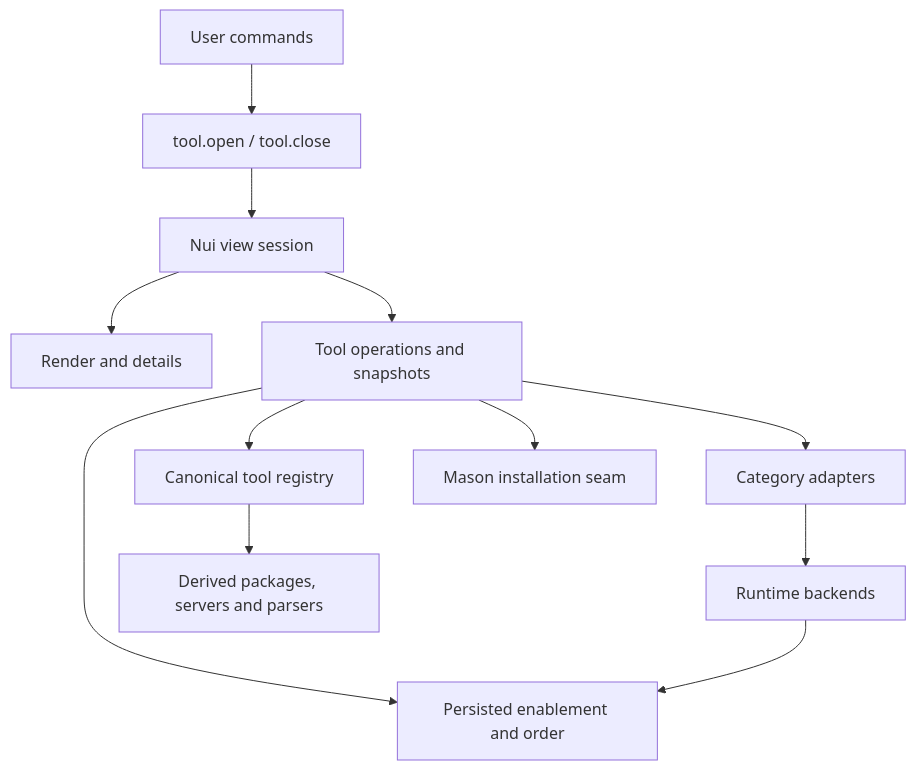
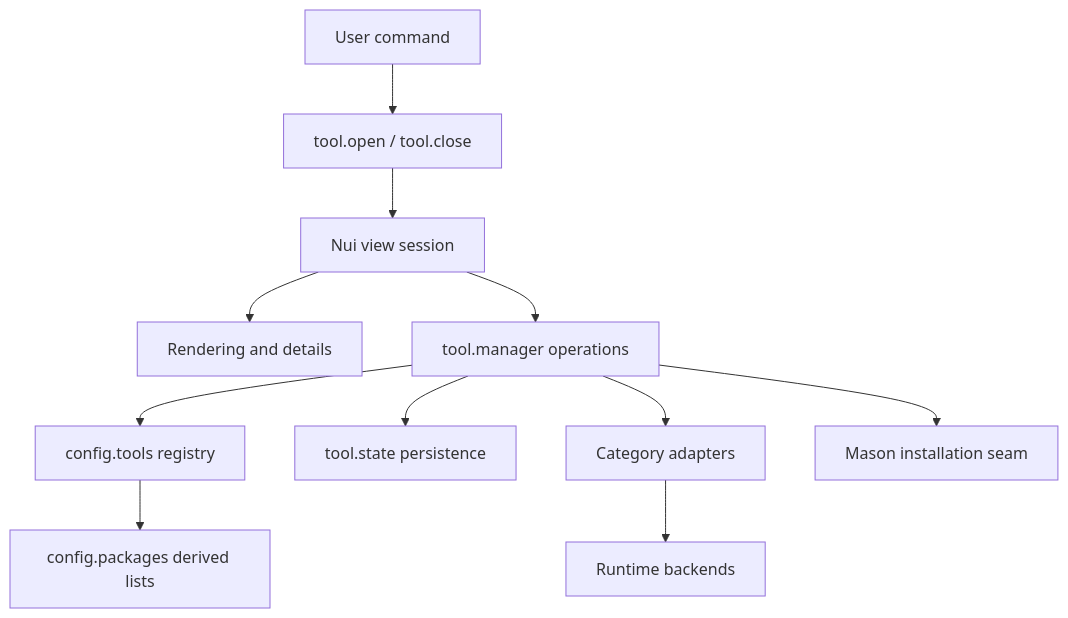
Before and after one commit to Orbit-Lua/orbitvim: the diagram in doc/architecture.md, drawn with Mermaid. The commit also changed other lines of this file and 8 other files, not shown here.

````diff
--- a/doc/architecture.md
+++ b/doc/architecture.md
@@ -13,14 +13,13 @@
 ```mermaid
 flowchart TD
-    Commands[User commands] --> Public[tool.open / tool.close]
+    Command[User command] --> Public[tool.open / tool.close]
     Public --> View[Nui view session]
-    View --> Render[Render and details]
-    View --> Manager[Tool operations and snapshots]
-    Manager --> Registry[Canonical tool registry]
-    Manager --> State[Persisted enablement and order]
-    Manager --> Categories[Category adapters]
+    View --> Render[Rendering and details]
+    View --> Manager[tool.manager operations]
+    Manager --> Registry[config.tools registry]
+    Manager --> State[tool.state persistence]
+    Manager --> Category[Category adapters]
     Manager --> Mason[Mason installation seam]
-    Categories --> Runtime[Runtime backends]
-    Registry --> Packages[Derived packages, servers and parsers]
-    Runtime --> State
+    Category --> Runtime[Runtime backends]
+    Registry --> Derived[config.packages derived lists]
 ```
````
